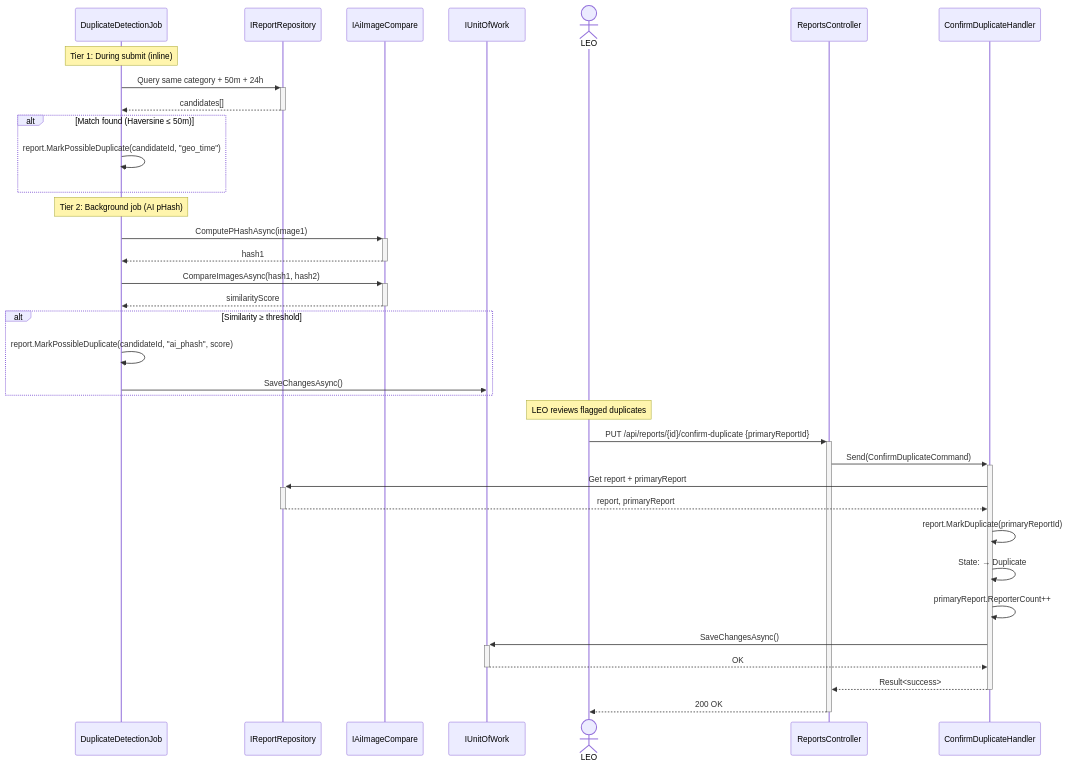
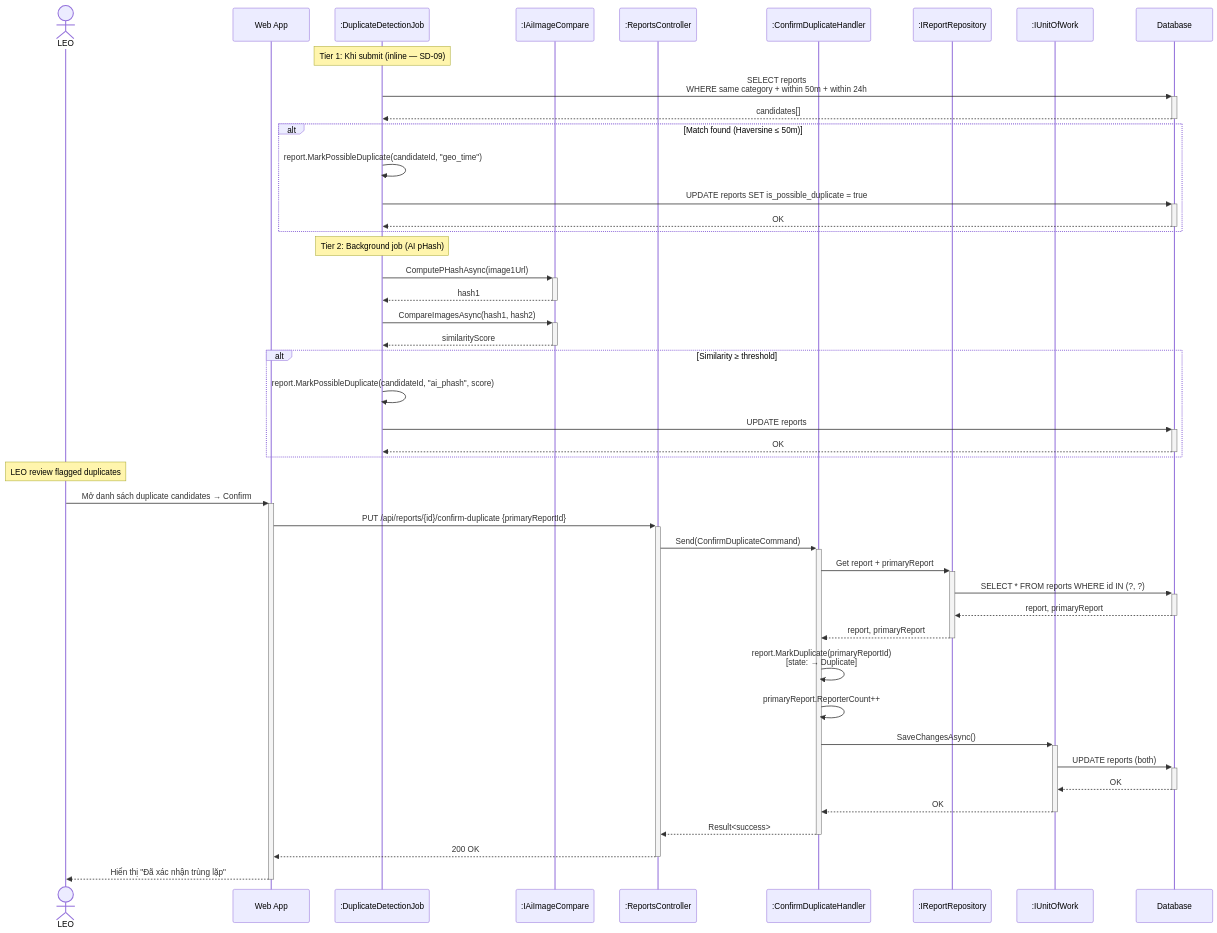
Before and after one commit to Capstonne-Project/greenlens-service: the tenth of 25 diagrams in docs/BusinessRule/SEQUENCE_DIAGRAMS.md, drawn with Mermaid. The commit also changed other lines of this file, not shown here.

Commit message:
fix(docs): enhance format sequence diagram

````diff
--- a/docs/BusinessRule/SEQUENCE_DIAGRAMS.md
+++ b/docs/BusinessRule/SEQUENCE_DIAGRAMS.md
@@ -466,46 +581,54 @@
 ```mermaid
 sequenceDiagram
-    participant Job as DuplicateDetectionJob
-    participant ReportRepo as IReportRepository
-    participant AI as IAiImageCompare
-    participant DB as IUnitOfWork
     actor LEO
-    participant API as ReportsController
-    participant Handler as ConfirmDuplicateHandler
+    participant App as Web App
+    participant Job as :DuplicateDetectionJob
+    participant AI as :IAiImageCompare
+    participant Ctrl as :ReportsController
+    participant Hdl as :ConfirmDuplicateHandler
+    participant Repo as :IReportRepository
+    participant UoW as :IUnitOfWork
+    participant DB as Database
 
-    Note over Job: Tier 1: During submit (inline)
-    Job->>+ReportRepo: Query same category + 50m + 24h
-    ReportRepo-->>-Job: candidates[]
-
+    Note over Job: Tier 1: Khi submit (inline — SD-09)
+    Job->>+DB: SELECT reports<br/>WHERE same category + within 50m + within 24h
+    DB-->>-Job: candidates[]
     alt Match found (Haversine ≤ 50m)
         Job->>Job: report.MarkPossibleDuplicate(candidateId, "geo_time")
+        Job->>+DB: UPDATE reports SET is_possible_duplicate = true
+        DB-->>-Job: OK
     end
 
     Note over Job: Tier 2: Background job (AI pHash)
-    Job->>+AI: ComputePHashAsync(image1)
+    Job->>+AI: ComputePHashAsync(image1Url)
     AI-->>-Job: hash1
     Job->>+AI: CompareImagesAsync(hash1, hash2)
     AI-->>-Job: similarityScore
-
     alt Similarity ≥ threshold
         Job->>Job: report.MarkPossibleDuplicate(candidateId, "ai_phash", score)
-        Job->>DB: SaveChangesAsync()
+        Job->>+DB: UPDATE reports
+        DB-->>-Job: OK
     end
 
-    Note over LEO: LEO reviews flagged duplicates
-    LEO->>+API: PUT /api/reports/{id}/confirm-duplicate {primaryReportId}
-    API->>+Handler: Send(ConfirmDuplicateCommand)
+    Note over LEO: LEO review flagged duplicates
+    LEO->>+App: Mở danh sách duplicate candidates → Confirm
+    App->>+Ctrl: PUT /api/reports/{id}/confirm-duplicate {primaryReportId}
+    Ctrl->>+Hdl: Send(ConfirmDuplicateCommand)
 
-    Handler->>+ReportRepo: Get report + primaryReport
-    ReportRepo-->>-Handler: report, primaryReport
+    Hdl->>+Repo: Get report + primaryReport
+    Repo->>+DB: SELECT * FROM reports WHERE id IN (?, ?)
+    DB-->>-Repo: report, primaryReport
+    Repo-->>-Hdl: report, primaryReport
 
-    Handler->>Handler: report.MarkDuplicate(primaryReportId)
-    Handler->>Handler: State: → Duplicate
-    Handler->>Handler: primaryReport.ReporterCount++
+    Hdl->>Hdl: report.MarkDuplicate(primaryReportId)<br/>[state: → Duplicate]
+    Hdl->>Hdl: primaryReport.ReporterCount++
 
-    Handler->>+DB: SaveChangesAsync()
-    DB-->>-Handler: OK
+    Hdl->>+UoW: SaveChangesAsync()
+    UoW->>+DB: UPDATE reports (both)
+    DB-->>-UoW: OK
+    UoW-->>-Hdl: OK
 
-    Handler-->>-API: Result<success>
-    API-->>-LEO: 200 OK
+    Hdl-->>-Ctrl: Result<success>
+    Ctrl-->>-App: 200 OK
+    App-->>-LEO: Hiển thị "Đã xác nhận trùng lặp"
 ```
````
